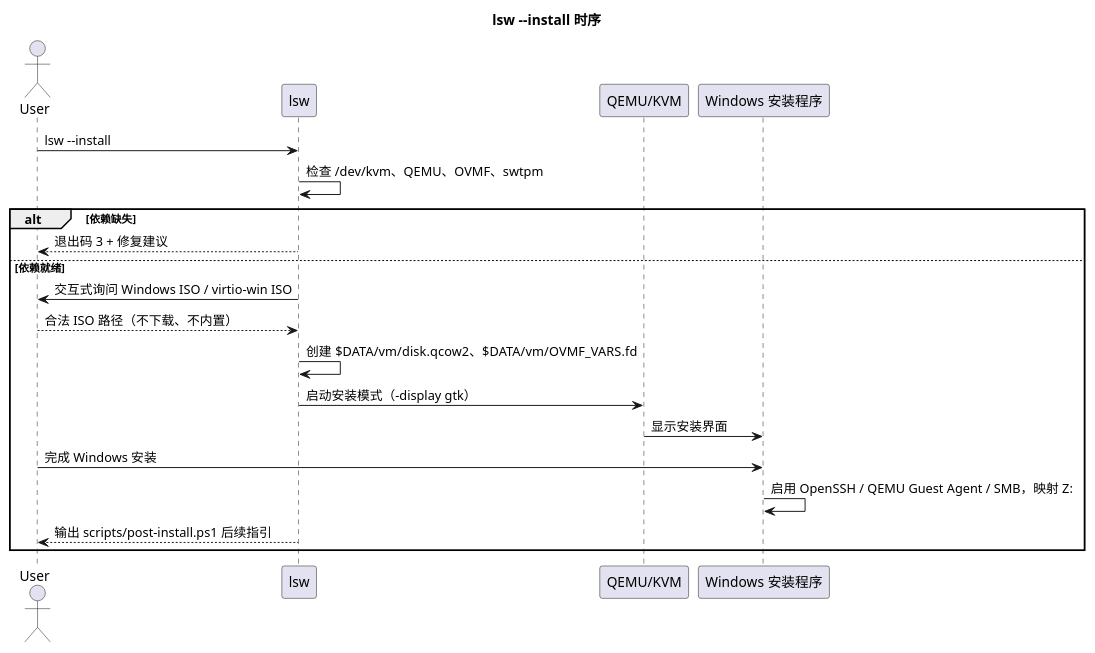
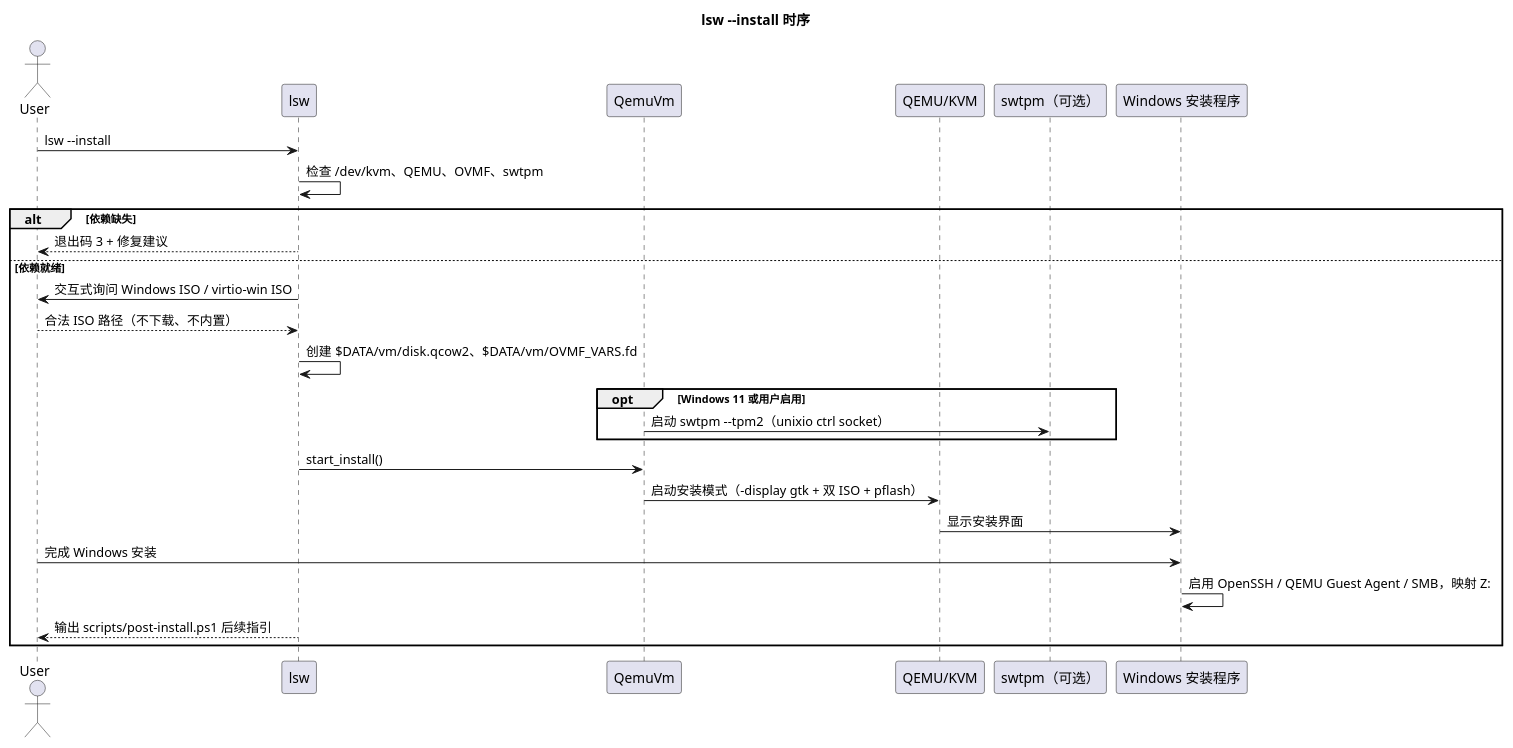
The diagram in docs/diagrams/sequence-install.puml (yunzheyue-star/lsw), drawn with PlantUML before and after one commit. The commit also changed 21 other files, not shown here.

```diff
--- a/docs/diagrams/sequence-install.puml
+++ b/docs/diagrams/sequence-install.puml
@@ -1,22 +1,28 @@
 @startuml
 title lsw --install 时序
 actor User
 participant "lsw" as CLI
+participant "QemuVm" as VM
 participant "QEMU/KVM" as QEMU
+participant "swtpm（可选）" as SWTPM
 participant "Windows 安装程序" as Win
 
 User -> CLI : lsw --install
 CLI -> CLI : 检查 /dev/kvm、QEMU、OVMF、swtpm
 alt 依赖缺失
   CLI --> User : 退出码 3 + 修复建议
 else 依赖就绪
   CLI -> User : 交互式询问 Windows ISO / virtio-win ISO
   User --> CLI : 合法 ISO 路径（不下载、不内置）
   CLI -> CLI : 创建 $DATA/vm/disk.qcow2、$DATA/vm/OVMF_VARS.fd
-  CLI -> QEMU : 启动安装模式（-display gtk）
+  opt Windows 11 或用户启用
+    VM -> SWTPM : 启动 swtpm --tpm2（unixio ctrl socket）
+  end
+  CLI -> VM : start_install()
+  VM -> QEMU : 启动安装模式（-display gtk + 双 ISO + pflash）
   QEMU -> Win : 显示安装界面
   User -> Win : 完成 Windows 安装
   Win -> Win : 启用 OpenSSH / QEMU Guest Agent / SMB，映射 Z:
   CLI --> User : 输出 scripts/post-install.ps1 后续指引
 end
 @enduml
```
